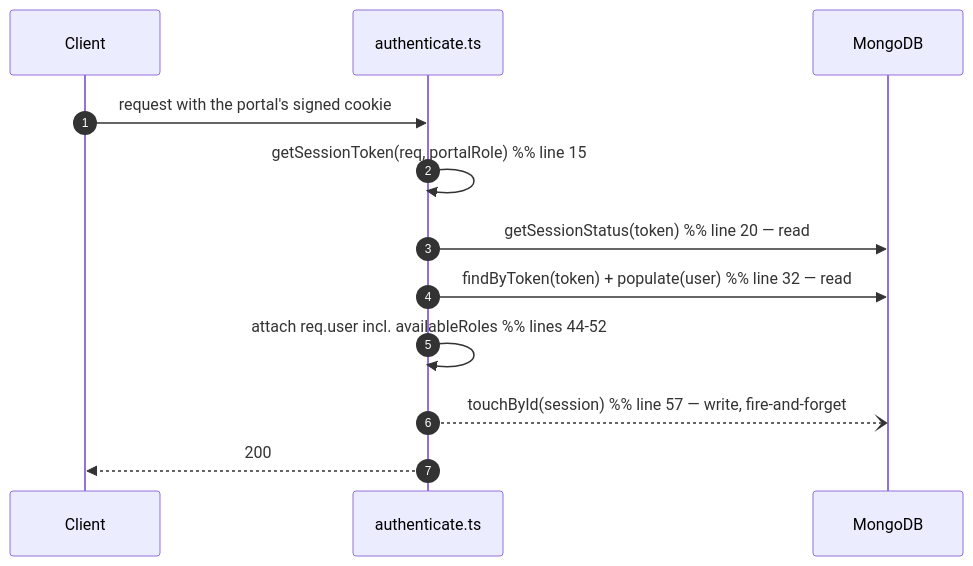
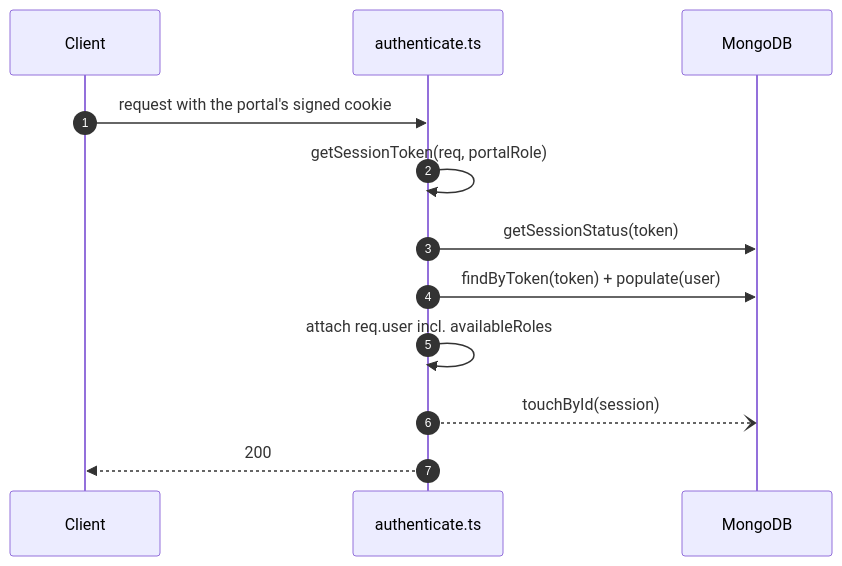
Before and after one commit to sufyan-devs/init-server-nodejs: the diagram in docs/modules/auth/legacy-migration.md, drawn with Mermaid. The commit also changed other lines of this file and 136 other files, not shown here.

````diff
--- a/docs/modules/auth/legacy-migration.md
+++ b/docs/modules/auth/legacy-migration.md
@@ -57,15 +60,20 @@
 ```mermaid
 sequenceDiagram
   autonumber
   participant C as Client
   participant A as authenticate.ts
   participant M as MongoDB
 
   C->>A: request with the portal's signed cookie
-  A->>A: getSessionToken(req, portalRole)      %% line 15
-  A->>M: getSessionStatus(token)               %% line 20 — read #1
-  A->>M: findByToken(token) + populate(user)   %% line 32 — read #2
-  A->>A: attach req.user incl. availableRoles  %% lines 44-52
-  A--)M: touchById(session)                    %% line 57 — write, fire-and-forget
+  %% line 15
+  A->>A: getSessionToken(req, portalRole)
+  %% line 20 — read #1
+  A->>M: getSessionStatus(token)
+  %% line 32 — read #2
+  A->>M: findByToken(token) + populate(user)
+  %% lines 44-52
+  A->>A: attach req.user incl. availableRoles
+  %% line 57 — write, fire-and-forget
+  A--)M: touchById(session)
   A-->>C: 200
 ```
````
